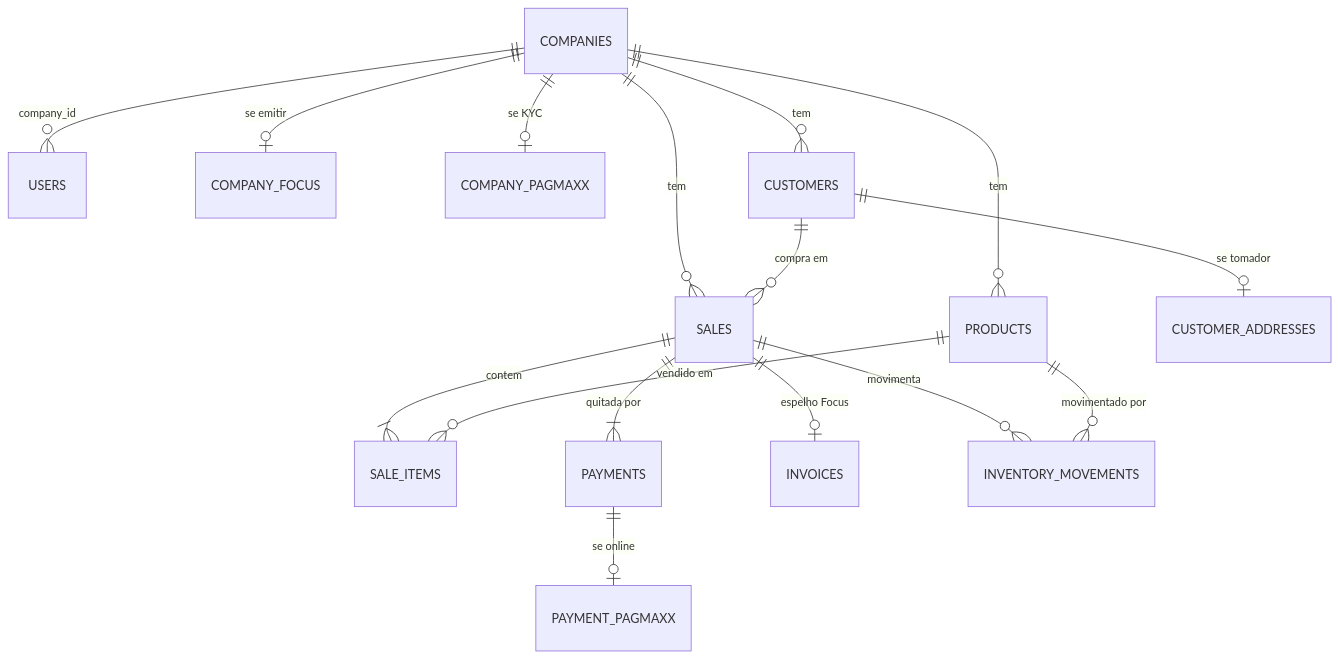
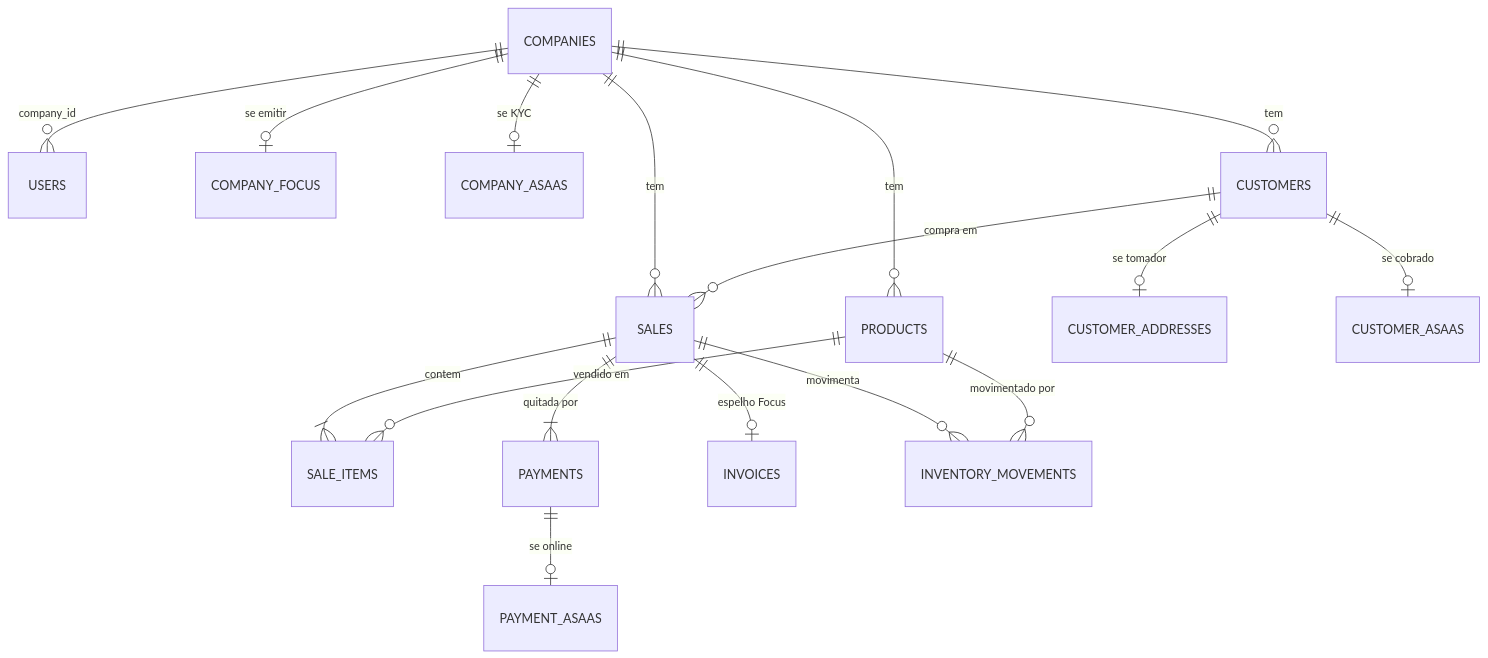
The first of 2 diagrams in docs/arquitetura/dados.md (glevi2004/na-regua), drawn with Mermaid before and after one commit. The commit also changed other lines of this file and 50 other files, not shown here.

````diff
--- a/docs/arquitetura/dados.md
+++ b/docs/arquitetura/dados.md
@@ -74,18 +74,19 @@
 ```mermaid
 erDiagram
     COMPANIES ||--o{ USERS : "company_id"
     COMPANIES ||--o| COMPANY_FOCUS : "se emitir"
-    COMPANIES ||--o| COMPANY_PAGMAXX : "se KYC"
+    COMPANIES ||--o| COMPANY_ASAAS : "se KYC"
     COMPANIES ||--o{ CUSTOMERS : "tem"
     COMPANIES ||--o{ PRODUCTS : "tem"
     COMPANIES ||--o{ SALES : "tem"
     CUSTOMERS ||--o| CUSTOMER_ADDRESSES : "se tomador"
+    CUSTOMERS ||--o| CUSTOMER_ASAAS : "se cobrado"
     CUSTOMERS ||--o{ SALES : "compra em"
     SALES ||--|{ SALE_ITEMS : "contem"
     SALES ||--|{ PAYMENTS : "quitada por"
     SALES ||--o| INVOICES : "espelho Focus"
     SALES ||--o{ INVENTORY_MOVEMENTS : "movimenta"
     PRODUCTS ||--o{ SALE_ITEMS : "vendido em"
     PRODUCTS ||--o{ INVENTORY_MOVEMENTS : "movimentado por"
-    PAYMENTS ||--o| PAYMENT_PAGMAXX : "se online"
+    PAYMENTS ||--o| PAYMENT_ASAAS : "se online"
 ```
````
